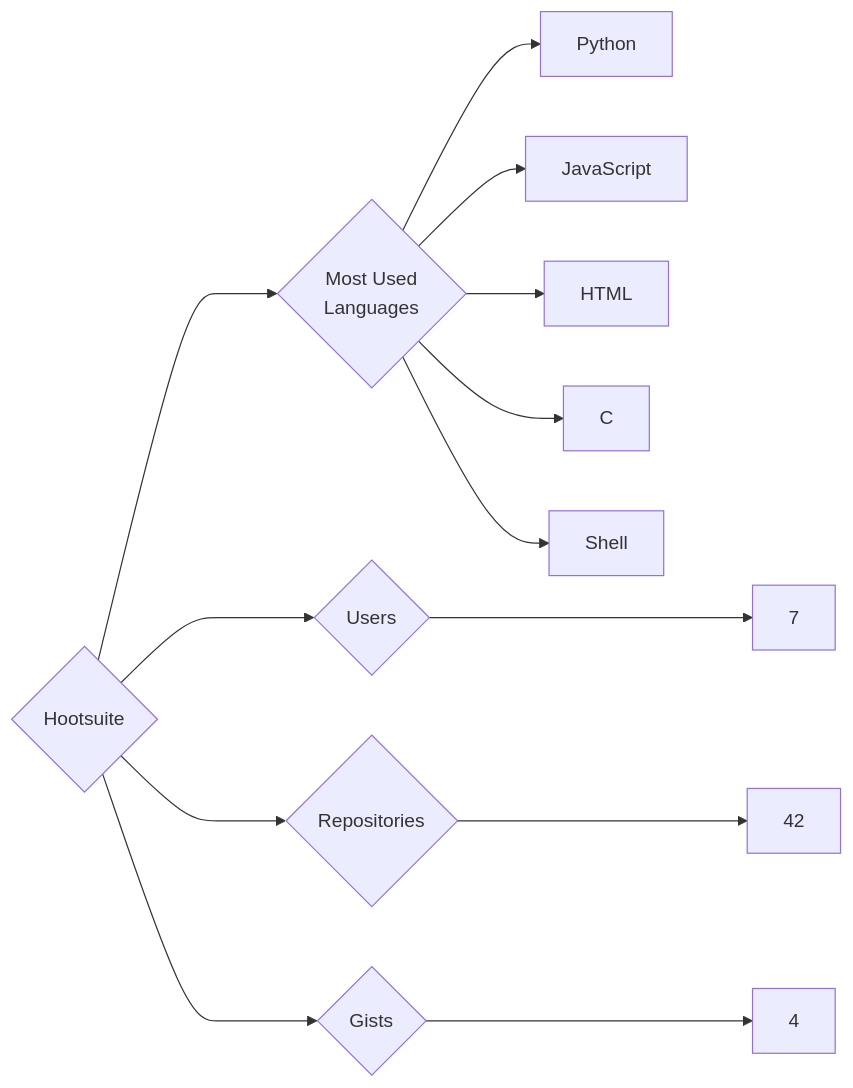
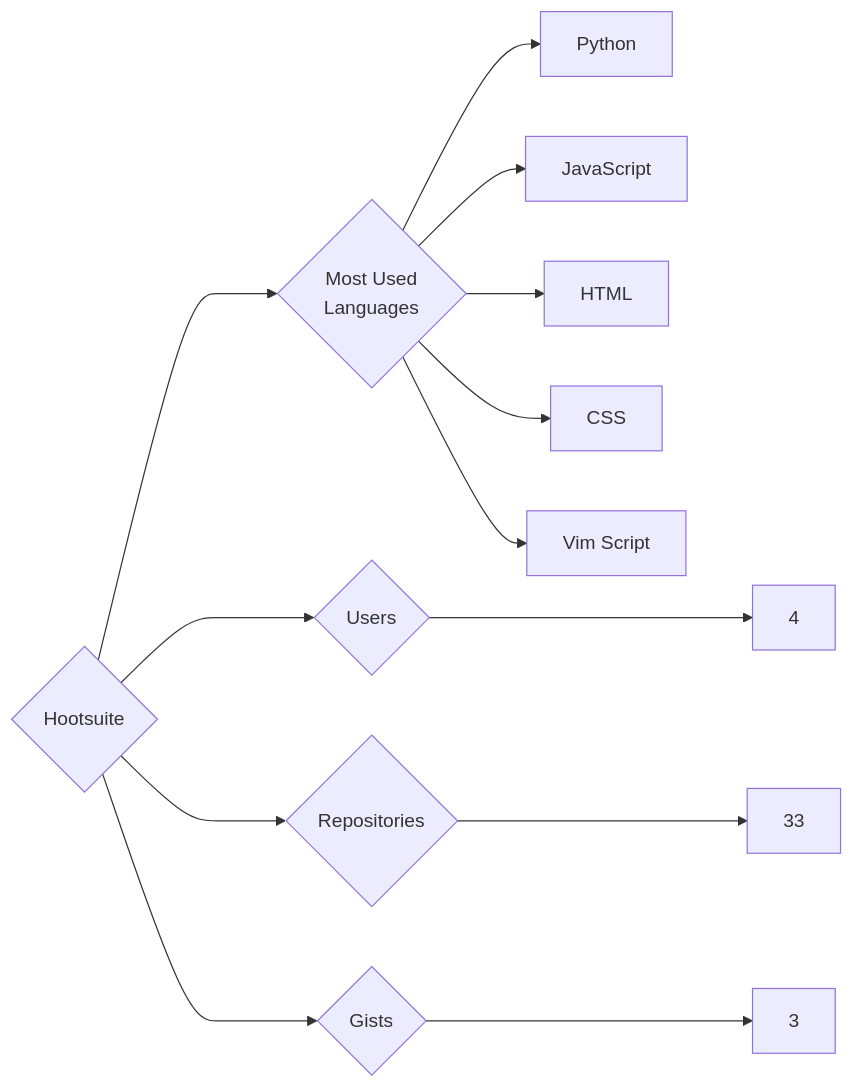
One commit to trickest/insiders changed the diagram in targets/Hootsuite/README.md. Above: the diagram before and after it, drawn with Mermaid. The commit also changed 611 other files, not shown here.

````diff
--- a/targets/Hootsuite/README.md
+++ b/targets/Hootsuite/README.md
@@ -3,13 +3,13 @@
 ```mermaid
 graph LR
 COMPANY_NAME{Hootsuite}
-COMPANY_NAME ---> U{Users} ---> UN[7]
-COMPANY_NAME ---> R{Repositories} ---> RN[42]
-COMPANY_NAME ---> G{Gists} ---> GN[4]
+COMPANY_NAME ---> U{Users} ---> UN[4]
+COMPANY_NAME ---> R{Repositories} ---> RN[33]
+COMPANY_NAME ---> G{Gists} ---> GN[3]
 COMPANY_NAME ---> ML{Most Used<br>Languages}
 ML --> Python[Python]
 ML --> JavaScript[JavaScript]
 ML --> HTML[HTML]
-ML --> C[C]
-ML --> Shell[Shell]
+ML --> CSS[CSS]
+ML --> Vim_Script[Vim Script]
 ```
````
